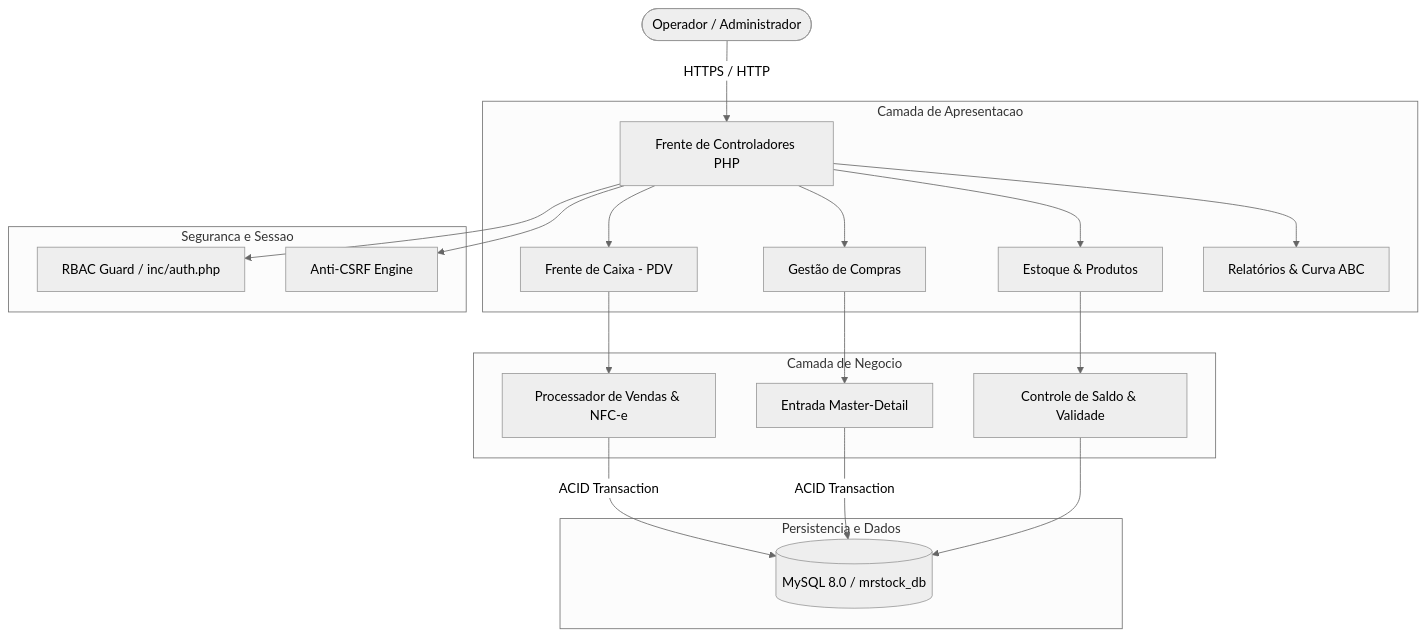
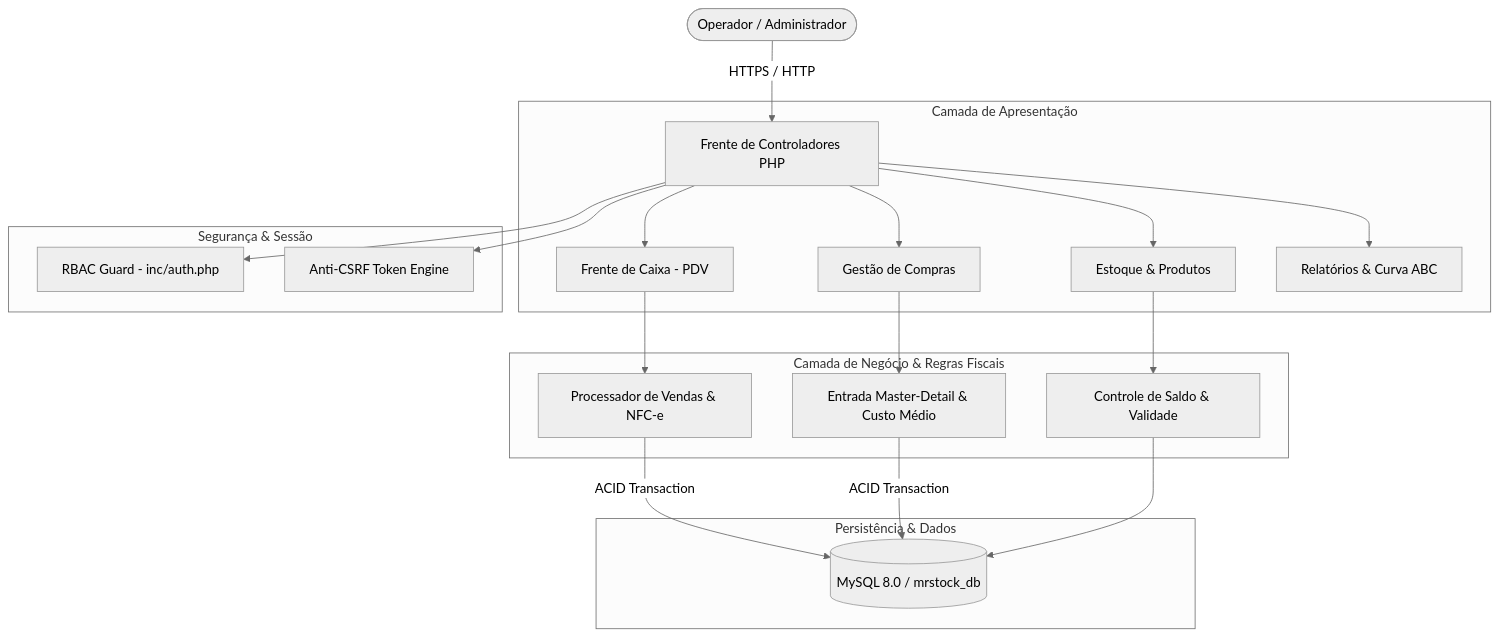
The first of 4 diagrams in README.md (mrcodingdev/mrstock-erp), drawn with Mermaid (neutral theme) before and after one commit. The commit also changed other lines of this file, not shown here.

Commit message:
docs(readme): adicionar diagramas visuais der de banco de dados sequencia acid e orientadores academicos

````diff
--- a/README.md
+++ b/README.md
@@ -90,28 +91,28 @@
 ```mermaid
 graph TD
     User([Operador / Administrador]) -->|HTTPS / HTTP| Router[Frente de Controladores PHP]
     
-    subgraph Camada de Apresentacao
+    subgraph Camada_Apresentacao [Camada de Apresentação]
         Router --> UI_PDV[Frente de Caixa - PDV]
         Router --> UI_Estoque[Estoque & Produtos]
         Router --> UI_Compras[Gestão de Compras]
         Router --> UI_Relatorios[Relatórios & Curva ABC]
     end
     
-    subgraph Seguranca e Sessao
-        Router --> AuthGuards[RBAC Guard / inc/auth.php]
-        Router --> CSRFGuards[Anti-CSRF Engine]
+    subgraph Seguranca_Sessao [Segurança & Sessão]
+        Router --> AuthGuards[RBAC Guard - inc/auth.php]
+        Router --> CSRFGuards[Anti-CSRF Token Engine]
     end
     
-    subgraph Camada de Negocio
+    subgraph Camada_Negocio [Camada de Negócio & Regras Fiscais]
         UI_PDV --> CoreSales[Processador de Vendas & NFC-e]
-        UI_Compras --> CorePurchases[Entrada Master-Detail]
+        UI_Compras --> CorePurchases[Entrada Master-Detail & Custo Médio]
         UI_Estoque --> CoreStock[Controle de Saldo & Validade]
     end
     
-    subgraph Persistencia e Dados
+    subgraph Persistencia_Dados [Persistência & Dados]
         CoreSales -->|ACID Transaction| DB[(MySQL 8.0 / mrstock_db)]
         CorePurchases -->|ACID Transaction| DB
         CoreStock --> DB
     end
 ```
````
